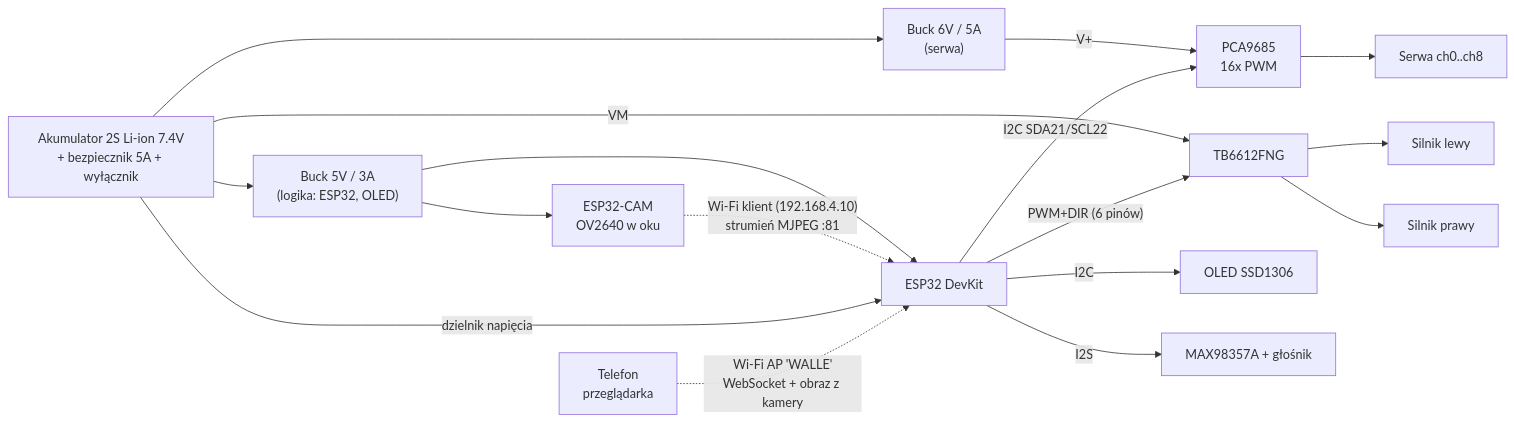
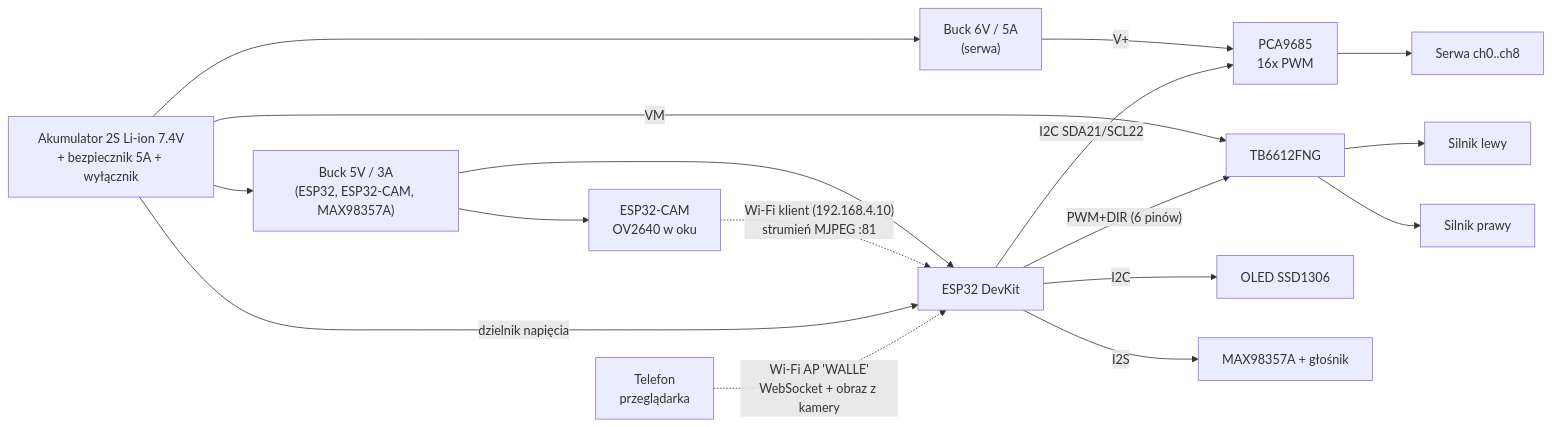
The diagram in docs/electronics.md (arekp/wall-e), drawn with Mermaid before and after one commit. The commit also changed other lines of this file and 1 other file, not shown here.

First line of the commit message:
Make docs consistent: rewrite README, add network topology, fix BOM and optional OLED

````diff
--- a/docs/electronics.md
+++ b/docs/electronics.md
@@ -29,23 +29,23 @@
 ```mermaid
 flowchart LR
     BAT["Akumulator 2S Li-ion 7.4V<br/>+ bezpiecznik 5A + wyłącznik"]
-    BAT --> BUCK5["Buck 5V / 3A<br/>(logika: ESP32, OLED)"]
+    BAT --> BUCK5["Buck 5V / 3A<br/>(ESP32, ESP32-CAM, MAX98357A)"]
     BAT --> BUCK6["Buck 6V / 5A<br/>(serwa)"]
     BAT -->|VM| DRV["TB6612FNG"]
 
     BUCK5 --> ESP["ESP32 DevKit"]
     BUCK6 -->|V+| PCA["PCA9685<br/>16x PWM"]
     PCA --> SERVA["Serwa ch0..ch8"]
 
     ESP -- "I2C SDA21/SCL22" --> PCA
     ESP -- "I2C" --> OLED["OLED SSD1306"]
     ESP -- "PWM+DIR (6 pinów)" --> DRV
     DRV --> ML["Silnik lewy"]
     DRV --> MR["Silnik prawy"]
     ESP -- "I2S" --> AMP["MAX98357A + głośnik"]
     BUCK5 --> CAM["ESP32-CAM<br/>OV2640 w oku"]
     CAM -. "Wi-Fi klient (192.168.4.10)<br/>strumień MJPEG :81" .-> ESP
     BAT -- "dzielnik napięcia" --> ESP
 
     PHONE["Telefon<br/>przeglądarka"] -. "Wi-Fi AP 'WALLE'<br/>WebSocket + obraz z kamery" .-> ESP
 ```
````
